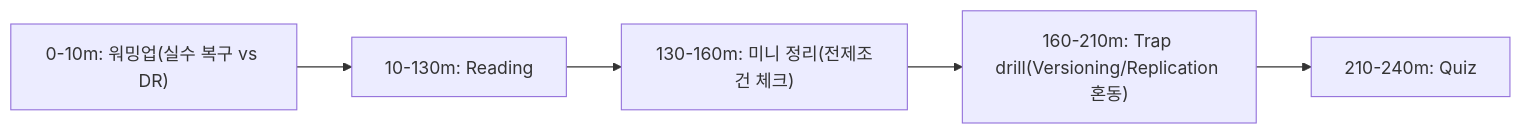
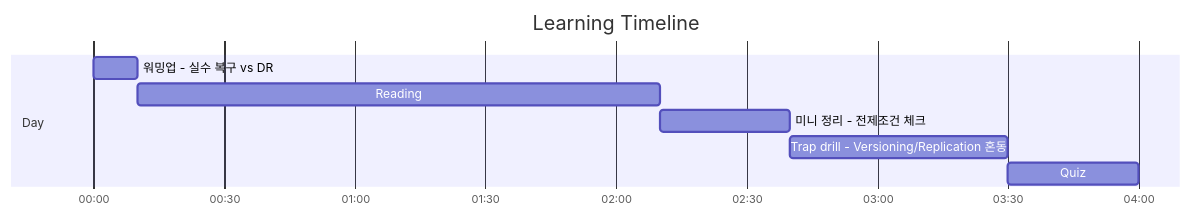
One commit to niceguy61/aws-saa-lecture-2026 changed the first of 2 diagrams in aws-saa/week02/day03/README.md. Above: the diagram before and after it, drawn with Mermaid. The commit also changed 21 other files, not shown here.

Commit message:
docs(aws-saa): use mermaid gantt for learning timelines

````diff
--- a/aws-saa/week02/day03/README.md
+++ b/aws-saa/week02/day03/README.md
@@ -24,7 +24,12 @@
 ```mermaid
-flowchart LR
-  A["0-10m: 워밍업(실수 복구 vs DR)"] --> B["10-130m: Reading"]
-  B --> C["130-160m: 미니 정리(전제조건 체크)"]
-  C --> D["160-210m: Trap drill(Versioning/Replication 혼동)"]
-  D --> E["210-240m: Quiz"]
+gantt
+  title Learning Timeline
+  dateFormat  HH:mm
+  axisFormat  %H:%M
+  section Day
+  워밍업 - 실수 복구 vs DR :t1, 00:00, 10m
+  Reading :t2, after t1, 120m
+  미니 정리 - 전제조건 체크 :t3, after t2, 30m
+  Trap drill - Versioning/Replication 혼동 :t4, after t3, 50m
+  Quiz :t5, after t4, 30m
 ```
````
